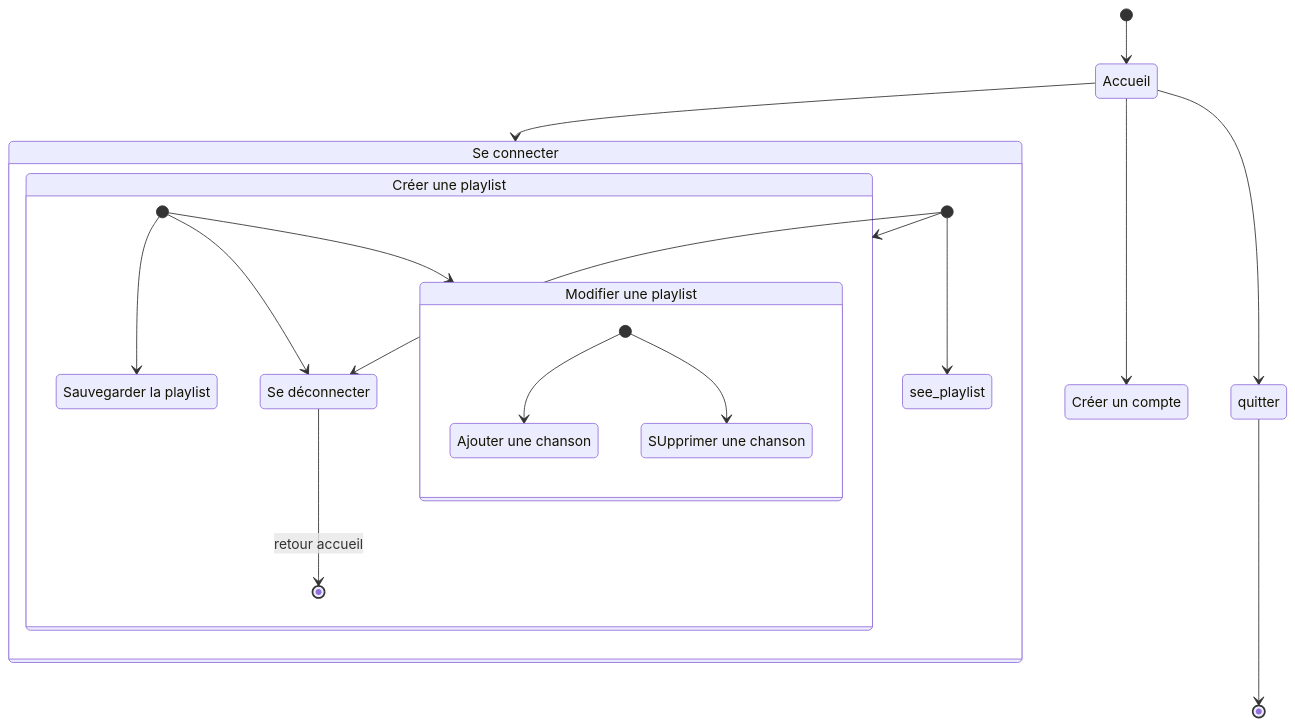
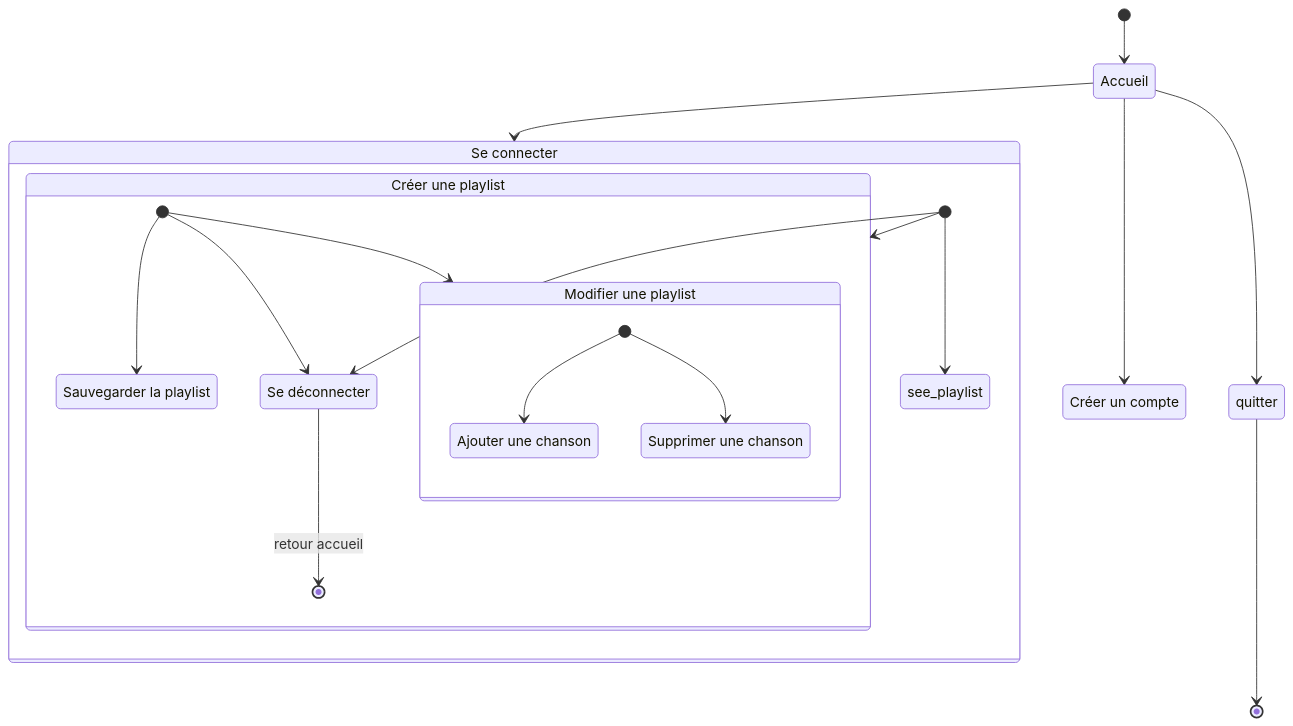
Before and after one commit to luteceagn/ENSAI-Projet-info-2A: the diagram in doc/tracking/diag_activities.md, drawn with Mermaid. The commit also changed 1 other file, not shown here.

Commit message:
diagramme de classes

````diff
--- a/doc/tracking/diag_activities.md
+++ b/doc/tracking/diag_activities.md
@@ -5,38 +5,38 @@
 ```mermaid
 stateDiagram
     login : Se connecter
     logon : Créer un compte
     add_song : Ajouter une chanson
-    Delete_song : SUpprimer une chanson
+    Delete_song : Supprimer une chanson
     create_playlist : Créer une playlist
     modifie_playlist : Modifier une playlist
     save_playlist : Sauvegarder la playlist
     logout : Se déconnecter
     
     [*] --> Accueil
     
     Accueil --> login
     
     
     Accueil --> logon
     
     Accueil --> quitter
     quitter --> [*]
     
     state login {
         [*]--> create_playlist
         [*]--> see_playlist
         [*]--> logout
     }
     state create_playlist {
     	[*] --> save_playlist
     	[*] --> modifie_playlist
     	[*] --> logout
         logout --> [*]:retour accueil
     }
 
     state modifie_playlist {
         [*]--> add_song
         [*]--> Delete_song
     }
 ```
````
